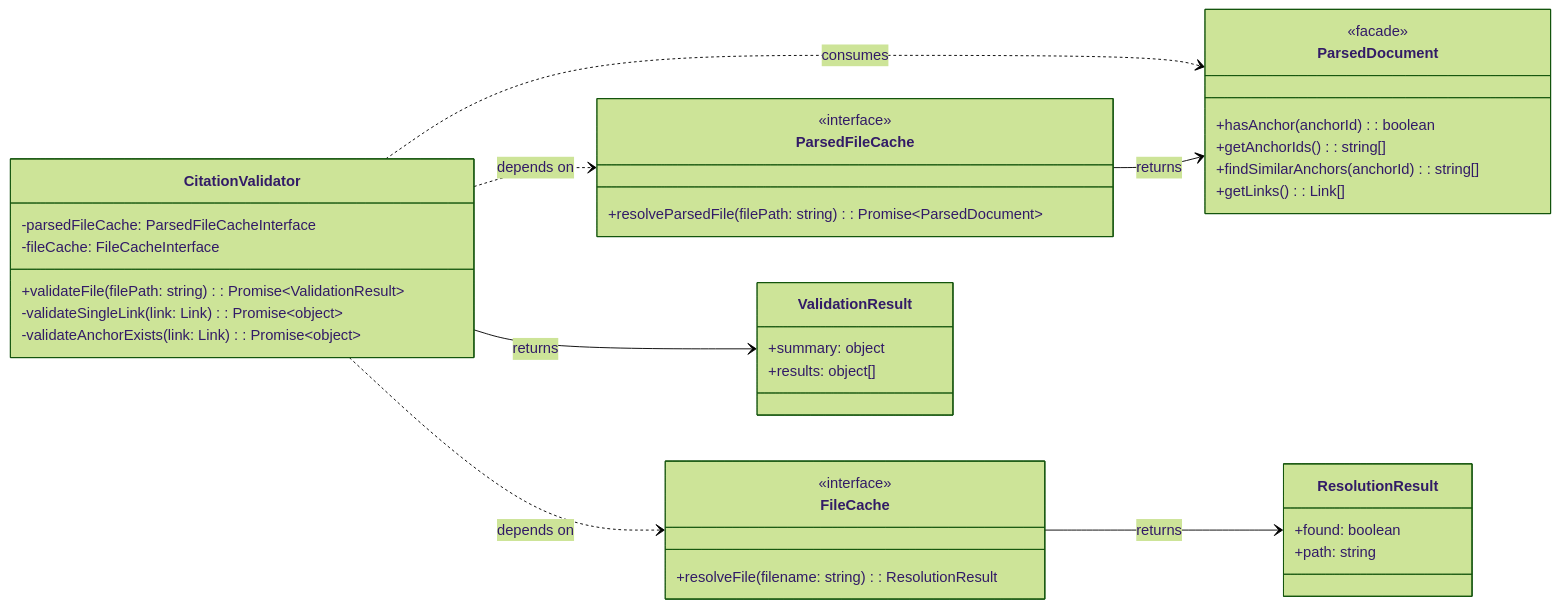
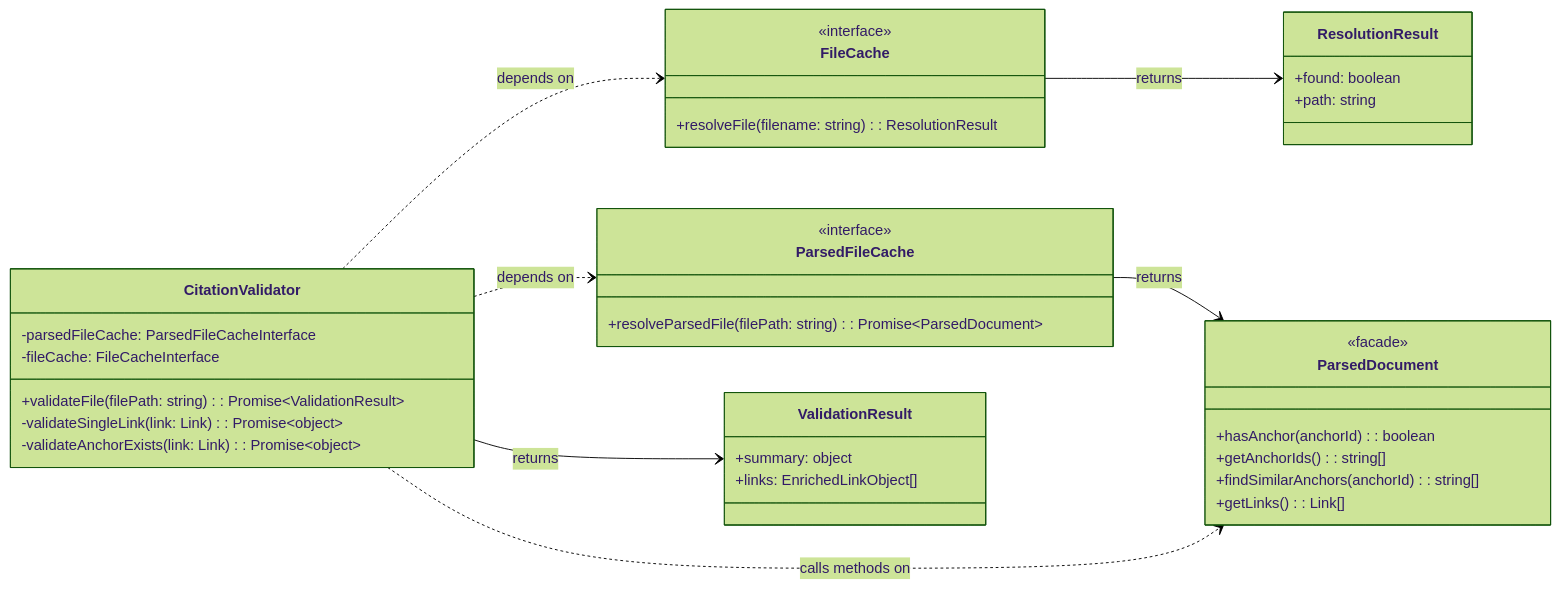
Before and after one commit to WesleyMFrederick/cc-workflows: the diagram in tools/citation-manager/design-docs/component-guides/CitationValidator Implementation Guide.md, drawn with Mermaid (forest theme). The commit also changed other lines of this file and 33 other files, not shown here.

First line of the commit message:
Implement link enrichment pattern in CitationValidator.validateFile()

````diff
--- a/tools/citation-manager/design-docs/component-guides/CitationValidator Implementation Guide.md
+++ b/tools/citation-manager/design-docs/component-guides/CitationValidator Implementation Guide.md
@@ -17,47 +19,54 @@
 ```mermaid
 classDiagram
     direction LR
-
+  
     class CitationValidator {
         -parsedFileCache: ParsedFileCacheInterface
         -fileCache: FileCacheInterface
         +validateFile(filePath: string): Promise~ValidationResult~
         -validateSingleLink(link: Link): Promise~object~
         -validateAnchorExists(link: Link): Promise~object~
     }
 
-    class ParsedFileCache {
+    
+    
+    class FileCache {
+        <<interface>>
+        +resolveFile(filename: string): ResolutionResult
+    }
+    
+  class ResolutionResult {
+      +found: boolean
+      +path: string
+    }    
+    
+  class ParsedFileCache {
         <<interface>>
         +resolveParsedFile(filePath: string): Promise~ParsedDocument~
     }
-
-    class ParsedDocument {
+      
+  class ParsedDocument {
         <<facade>>
         +hasAnchor(anchorId): boolean
         +getAnchorIds(): string[]
         +findSimilarAnchors(anchorId): string[]
         +getLinks(): Link[]
     }
-
-    class FileCache {
-        <<interface>>
-        +resolveFile(filename: string): ResolutionResult
-    }
-
+    
     class ValidationResult {
         +summary: object
-        +results: object[]
+        +links: EnrichedLinkObject[]
     }
-
-    class ResolutionResult {
-      +found: boolean
-      +path: string
-    }
-
+  
+  CitationValidator ..> FileCache : depends on
+  FileCache --> ResolutionResult : returns
+  
     CitationValidator ..> ParsedFileCache : depends on
-    CitationValidator ..> FileCache : depends on
-    CitationValidator ..> ParsedDocument : consumes
+    ParsedFileCache --> ParsedDocument : returns
+    
+    CitationValidator ..> ParsedDocument : calls methods on
+    
     CitationValidator --> ValidationResult : returns
-    ParsedFileCache --> ParsedDocument : returns
-    FileCache --> ResolutionResult : returns
+    
+    
 ```
````
